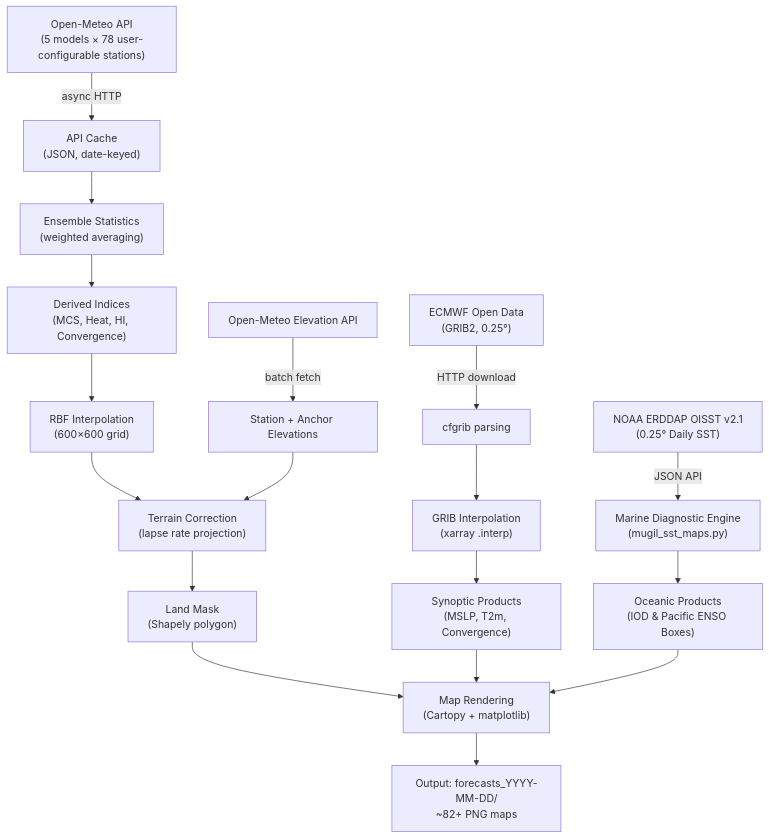
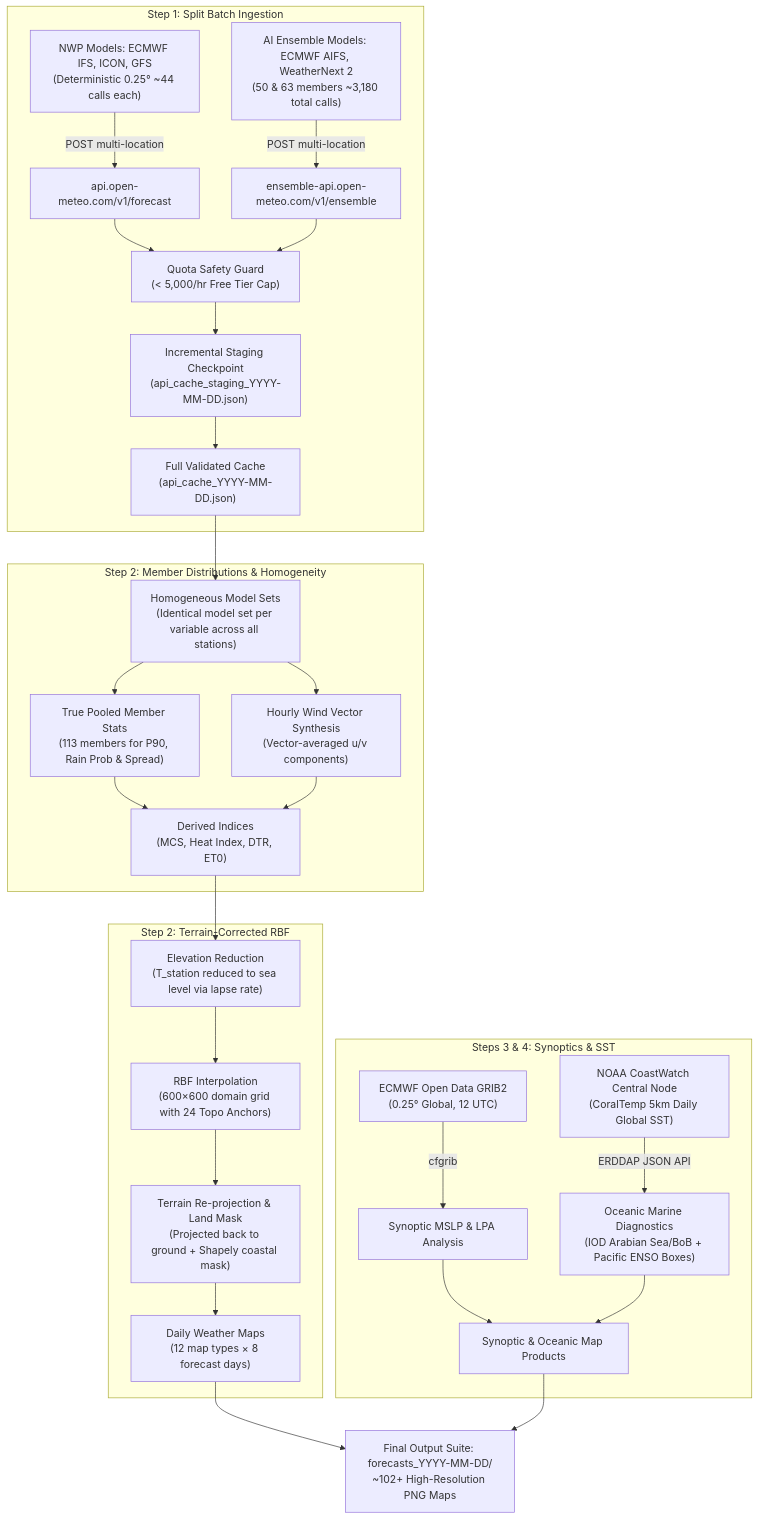
Before and after one commit to auarunkumar1/mugil-ensemble: the diagram in README.md, drawn with Mermaid. The commit also changed other lines of this file and 2 other files, not shown here.

First line of the commit message:
feat(v19.5): split batch ingestion, true member stats, and central SST node

````diff
--- a/README.md
+++ b/README.md
@@ -27,24 +27,36 @@
 ```mermaid
 flowchart TD
-    A["Open-Meteo API<br/>(5 models × 78 user-configurable stations)"] -->|async HTTP| B["API Cache<br/>(JSON, date-keyed)"]
-    B --> C["Ensemble Statistics<br/>(weighted averaging)"]
-    C --> D["Derived Indices<br/>(MCS, Heat, HI, Convergence)"]
-    D --> E["RBF Interpolation<br/>(600×600 grid)"]
-    E --> F["Terrain Correction<br/>(lapse rate projection)"]
-    F --> G["Land Mask<br/>(Shapely polygon)"]
-    G --> H["Map Rendering<br/>(Cartopy + matplotlib)"]
+    subgraph Data Acquisition [Step 1: Split Batch Ingestion]
+        A1["NWP Models: ECMWF IFS, ICON, GFS<br/>(Deterministic 0.25° ~44 calls each)"] -->|POST multi-location| B1["api.open-meteo.com/v1/forecast"]
+        A2["AI Ensemble Models: ECMWF AIFS, WeatherNext 2<br/>(50 & 63 members ~3,180 total calls)"] -->|POST multi-location| B2["ensemble-api.open-meteo.com/v1/ensemble"]
+        B1 --> C["Quota Safety Guard<br/>(&lt; 5,000/hr Free Tier Cap)"]
+        B2 --> C
+        C --> D["Incremental Staging Checkpoint<br/>(api_cache_staging_YYYY-MM-DD.json)"]
+        D --> E["Full Validated Cache<br/>(api_cache_YYYY-MM-DD.json)"]
+    end
 
-    I["ECMWF Open Data<br/>(GRIB2, 0.25°)"] -->|HTTP download| J["cfgrib parsing"]
-    J --> K["GRIB Interpolation<br/>(xarray .interp)"]
-    K --> L["Synoptic Products<br/>(MSLP, T2m, Convergence)"]
-    L --> H
+    subgraph Statistical Blending [Step 2: Member Distributions & Homogeneity]
+        E --> F["Homogeneous Model Sets<br/>(Identical model set per variable across all stations)"]
+        F --> G["True Pooled Member Stats<br/>(113 members for P90, Rain Prob & Spread)"]
+        F --> H["Hourly Wind Vector Synthesis<br/>(Vector-averaged u/v components)"]
+        G --> I["Derived Indices<br/>(MCS, Heat Index, DTR, ET0)"]
+        H --> I
+    end
 
-    N["NOAA ERDDAP OISST v2.1<br/>(0.25° Daily SST)"] -->|JSON API| P["Marine Diagnostic Engine<br/>(mugil_sst_maps.py)"]
-    P --> Q["Oceanic Products<br/>(IOD & Pacific ENSO Boxes)"]
-    Q --> H
+    subgraph Spatial Engine [Step 2: Terrain-Corrected RBF]
+        I --> J["Elevation Reduction<br/>(T_station reduced to sea level via lapse rate)"]
+        J --> K["RBF Interpolation<br/>(600×600 domain grid with 24 Topo Anchors)"]
+        K --> L["Terrain Re-projection & Land Mask<br/>(Projected back to ground + Shapely coastal mask)"]
+        L --> M["Daily Weather Maps<br/>(12 map types × 8 forecast days)"]
+    end
 
-    H --> M["Output: forecasts_YYYY-MM-DD/<br/>~82+ PNG maps"]
+    subgraph Synoptic & Marine Diagnostics [Steps 3 & 4: Synoptics & SST]
+        N1["ECMWF Open Data GRIB2<br/>(0.25° Global, 12 UTC)"] -->|cfgrib| P1["Synoptic MSLP & LPA Analysis"]
+        N2["NOAA CoastWatch Central Node<br/>(CoralTemp 5km Daily Global SST)"] -->|ERDDAP JSON API| P2["Oceanic Marine Diagnostics<br/>(IOD Arabian Sea/BoB + Pacific ENSO Boxes)"]
+        P1 --> Q["Synoptic & Oceanic Map Products"]
+        P2 --> Q
+    end
 
-    R["Open-Meteo Elevation API"] -->|batch fetch| S["Station + Anchor Elevations"]
-    S --> F
+    M --> R["Final Output Suite: forecasts_YYYY-MM-DD/<br/>~102+ High-Resolution PNG Maps"]
+    Q --> R
 ```
````
